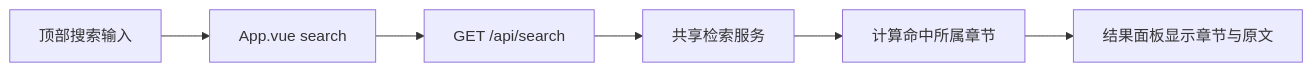
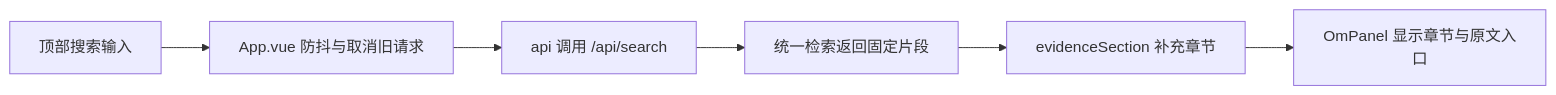
Before and after one commit to lejunyang/omem: the diagram in .repo-review/knowledge/articles/0fc1372e659c300a4a7193e2de27f7d10a3c14baf8d61d9cee5f74f4a67a1d4a.md, drawn with Mermaid. The commit also changed other lines of this file and 18 other files, not shown here.

Commit message:
docs(knowledge): refresh generic-flow guides and record live relevance gaps

````diff
--- a/.repo-review/knowledge/articles/0fc1372e659c300a4a7193e2de27f7d10a3c14baf8d61d9cee5f74f4a67a1d4a.md
+++ b/.repo-review/knowledge/articles/0fc1372e659c300a4a7193e2de27f7d10a3c14baf8d61d9cee5f74f4a67a1d4a.md
@@ -26,8 +28,8 @@
 ```mermaid
 flowchart LR
-  A[顶部搜索输入] --> B[App.vue search]
-  B --> C[GET /api/search]
-  C --> D[共享检索服务]
-  D --> E[计算命中所属章节]
-  E --> F[结果面板显示章节与原文]
+  A[顶部搜索输入] --> B[App.vue 防抖与取消旧请求]
+  B --> C[api 调用 /api/search]
+  C --> D[统一检索返回固定片段]
+  D --> E[evidenceSection 补充章节]
+  E --> F[OmPanel 显示章节与原文入口]
 ```
````
